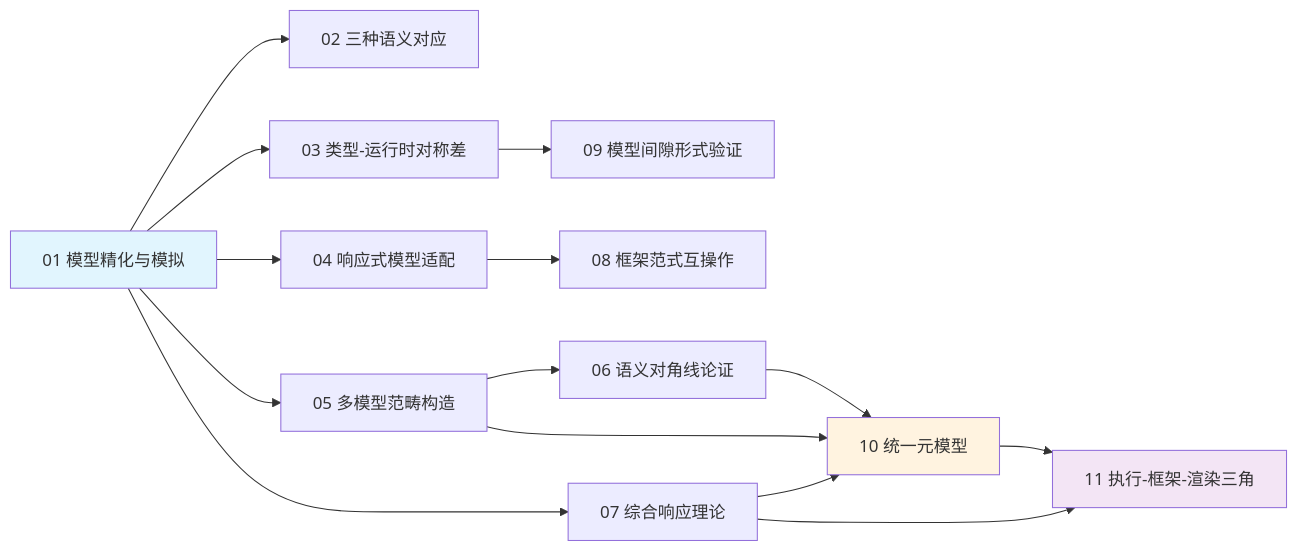
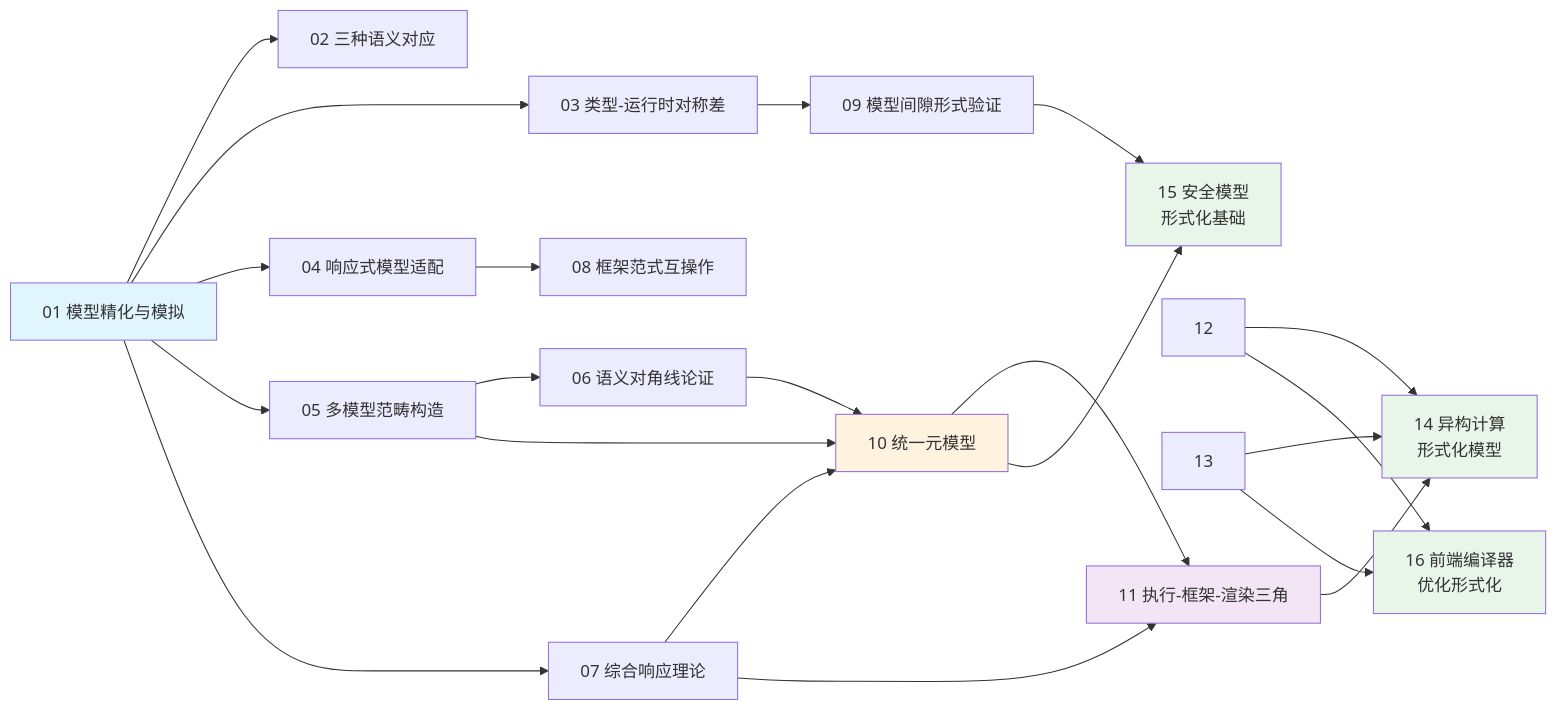
Before and after one commit to AdaMartin18010/JavaScriptTypeScript: the fourth of 9 diagrams in 70-theoretical-foundations/KNOWLEDGE_GRAPH.md, drawn with Mermaid. The commit also changed other lines of this file and 64 other files, not shown here.

````diff
--- a/70-theoretical-foundations/KNOWLEDGE_GRAPH.md
+++ b/70-theoretical-foundations/KNOWLEDGE_GRAPH.md
@@ -117,21 +127,31 @@
 ```mermaid
 graph LR
     01["01 模型精化与模拟"] --> 02["02 三种语义对应"]
     01 --> 03["03 类型-运行时对称差"]
     01 --> 04["04 响应式模型适配"]
     01 --> 05["05 多模型范畴构造"]
     01 --> 07["07 综合响应理论"]
 
     03 --> 09["09 模型间隙形式验证"]
     04 --> 08["08 框架范式互操作"]
     05 --> 06["06 语义对角线论证"]
     05 --> 10["10 统一元模型"]
     06 --> 10
     07 --> 10
     07 --> 11["11 执行-框架-渲染三角"]
     10 --> 11
+    11 --> 14["14 异构计算<br/>形式化模型"]
+    12 --> 14
+    13 --> 14
+    09 --> 15["15 安全模型<br/>形式化基础"]
+    10 --> 15
+    12 --> 16["16 前端编译器<br/>优化形式化"]
+    13 --> 16
 
     style 01 fill:#e1f5fe
     style 10 fill:#fff3e0
     style 11 fill:#f3e5f5
+    style 14 fill:#e8f5e9
+    style 15 fill:#e8f5e9
+    style 16 fill:#e8f5e9
 ```
````
